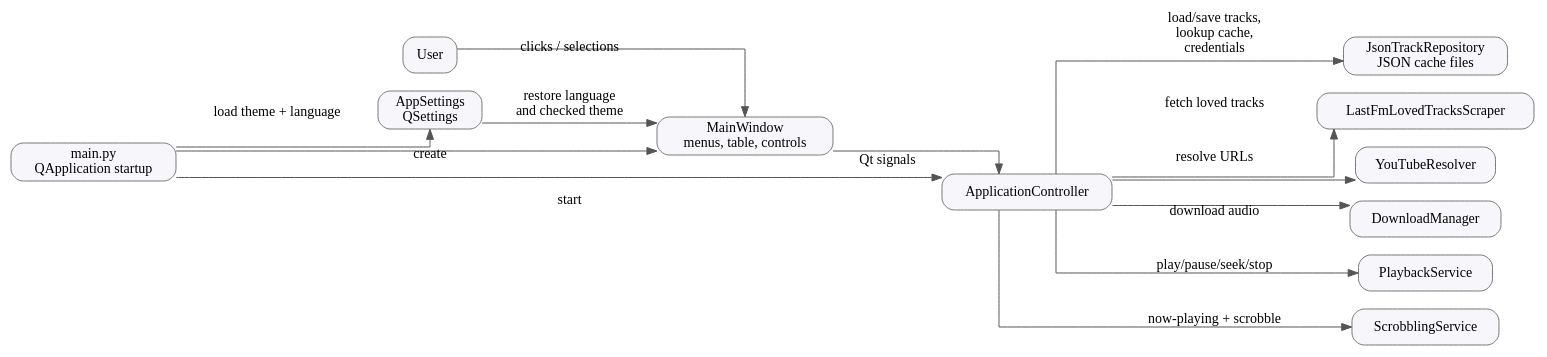
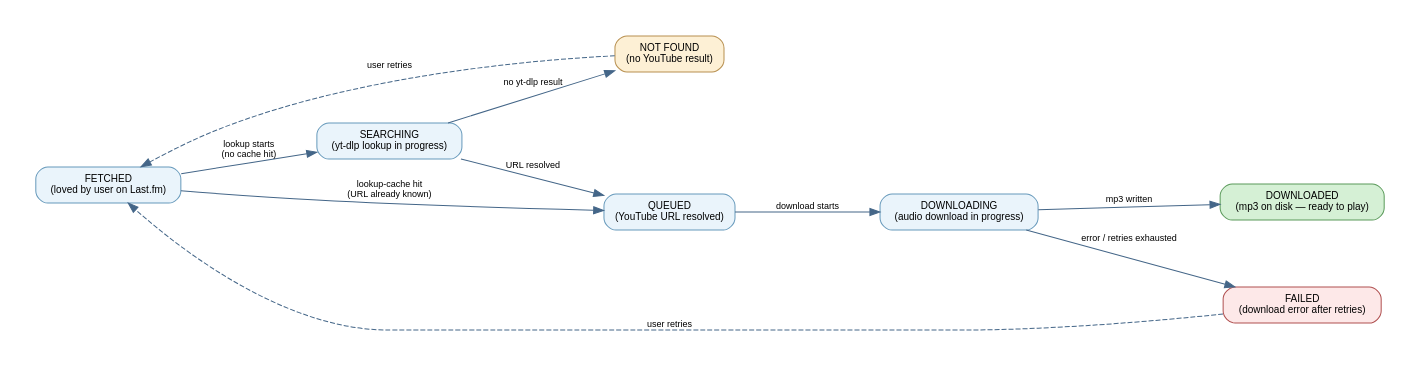
Before and after one commit to marcelpetrick/myLastFmPlayer: the fourth of 5 diagrams in docs/architecture.rst, drawn with Graphviz. The commit also changed other lines of this file and 3 other files, not shown here.

First line of the commit message:
docs(architecture): expand with C4 model — context, container, component (v0.0.99)

```diff
--- a/docs/architecture.rst
+++ b/docs/architecture.rst
@@ -11,33 +227,30 @@
 .. graphviz::
-   :caption: Main runtime collaborators
+   :caption: Track state machine
 
-   digraph runtime_flow {
-       graph [rankdir=LR, splines=ortho];
-       node [shape=box, style="rounded,filled", fillcolor="#f7f7fb", color="#777777"];
-       edge [color="#555555"];
+   digraph track_states {
+       graph [rankdir=LR, pad=0.4, nodesep=0.6, ranksep=1.0];
+       node [shape=box, style="rounded,filled", fontname="Helvetica", fontsize=10,
+             fillcolor="#eaf4fb", color="#6699bb"];
+       edge [fontname="Helvetica", fontsize=9, color="#446688"];
 
-       user [label="User"];
-       main [label="main.py\nQApplication startup"];
-       settings [label="AppSettings\nQSettings"];
-       window [label="MainWindow\nmenus, table, controls"];
-       controller [label="ApplicationController"];
-       storage [label="JsonTrackRepository\nJSON cache files"];
-       lastfm [label="LastFmLovedTracksScraper"];
-       youtube [label="YouTubeResolver"];
-       download [label="DownloadManager"];
-       playback [label="PlaybackService"];
-       scrobbling [label="ScrobblingService"];
+       FETCHED     [label="FETCHED\n(loved by user on Last.fm)"];
+       SEARCHING   [label="SEARCHING\n(yt-dlp lookup in progress)"];
+       QUEUED      [label="QUEUED\n(YouTube URL resolved)"];
+       DOWNLOADING [label="DOWNLOADING\n(audio download in progress)"];
+       DOWNLOADED  [label="DOWNLOADED\n(mp3 on disk — ready to play)",
+                    fillcolor="#d5f0d5", color="#5a9a5a"];
+       NOT_FOUND   [label="NOT FOUND\n(no YouTube result)",
+                    fillcolor="#fdf0d5", color="#b89050"];
+       FAILED      [label="FAILED\n(download error after retries)",
+                    fillcolor="#fde8e8", color="#b05050"];
 
-       user -> window [label="clicks / selections"];
-       main -> settings [label="load theme + language"];
-       main -> window [label="create"];
-       main -> controller [label="start"];
-       window -> controller [label="Qt signals"];
-       controller -> storage [label="load/save tracks,\nlookup cache,\ncredentials"];
-       controller -> lastfm [label="fetch loved tracks"];
-       controller -> youtube [label="resolve URLs"];
-       controller -> download [label="download audio"];
-       controller -> playback [label="play/pause/seek/stop"];
-       controller -> scrobbling [label="now-playing + scrobble"];
-       settings -> window [label="restore language\nand checked theme"];
+       FETCHED     -> SEARCHING   [label="lookup starts\n(no cache hit)"];
+       FETCHED     -> QUEUED      [label="lookup-cache hit\n(URL already known)"];
+       SEARCHING   -> QUEUED      [label="URL resolved"];
+       SEARCHING   -> NOT_FOUND   [label="no yt-dlp result"];
+       QUEUED      -> DOWNLOADING [label="download starts"];
+       DOWNLOADING -> DOWNLOADED  [label="mp3 written"];
+       DOWNLOADING -> FAILED      [label="error / retries exhausted"];
+       NOT_FOUND   -> FETCHED     [label="user retries", style=dashed];
+       FAILED      -> FETCHED     [label="user retries", style=dashed];
    }
```
